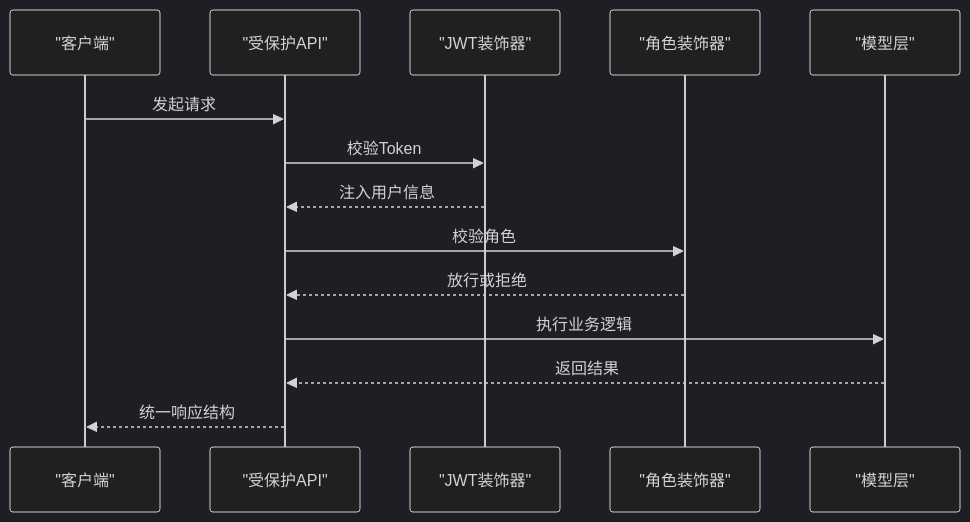
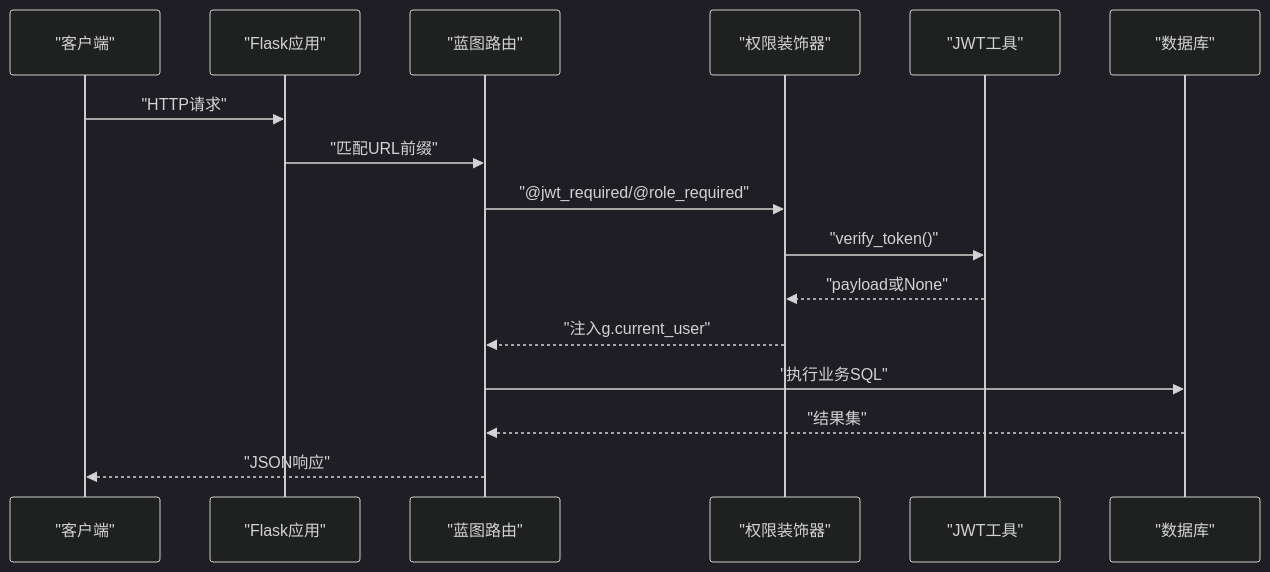
The second of 3 diagrams in .qoder/repowiki/zh/content/开发指南/扩展开发.md (ismine3/OPS), drawn with Mermaid (dark theme) before and after one commit. The commit also changed other lines of this file and 109 other files, not shown here.

````diff
--- a/.qoder/repowiki/zh/content/开发指南/扩展开发.md
+++ b/.qoder/repowiki/zh/content/开发指南/扩展开发.md
@@ -348,16 +112,18 @@
 ```mermaid
 sequenceDiagram
 participant Client as "客户端"
-participant API as "受保护API"
-participant JWT as "JWT装饰器"
-participant Role as "角色装饰器"
-participant Model as "模型层"
-Client->>API : 发起请求
-API->>JWT : 校验Token
-JWT-->>API : 注入用户信息
-API->>Role : 校验角色
-Role-->>API : 放行或拒绝
-API->>Model : 执行业务逻辑
-Model-->>API : 返回结果
-API-->>Client : 统一响应结构
+participant App as "Flask应用"
+participant BP as "蓝图路由"
+participant Dec as "权限装饰器"
+participant Auth as "JWT工具"
+participant DB as "数据库"
+Client->>App : "HTTP请求"
+App->>BP : "匹配URL前缀"
+BP->>Dec : "@jwt_required/@role_required"
+Dec->>Auth : "verify_token()"
+Auth-->>Dec : "payload或None"
+Dec-->>BP : "注入g.current_user"
+BP->>DB : "执行业务SQL"
+DB-->>BP : "结果集"
+BP-->>Client : "JSON响应"
 ```
````
